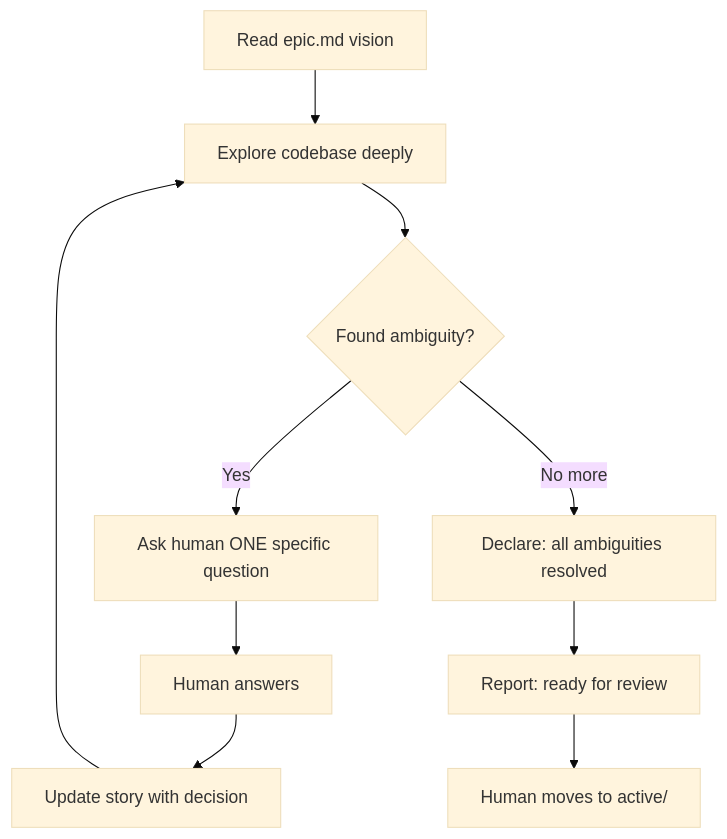
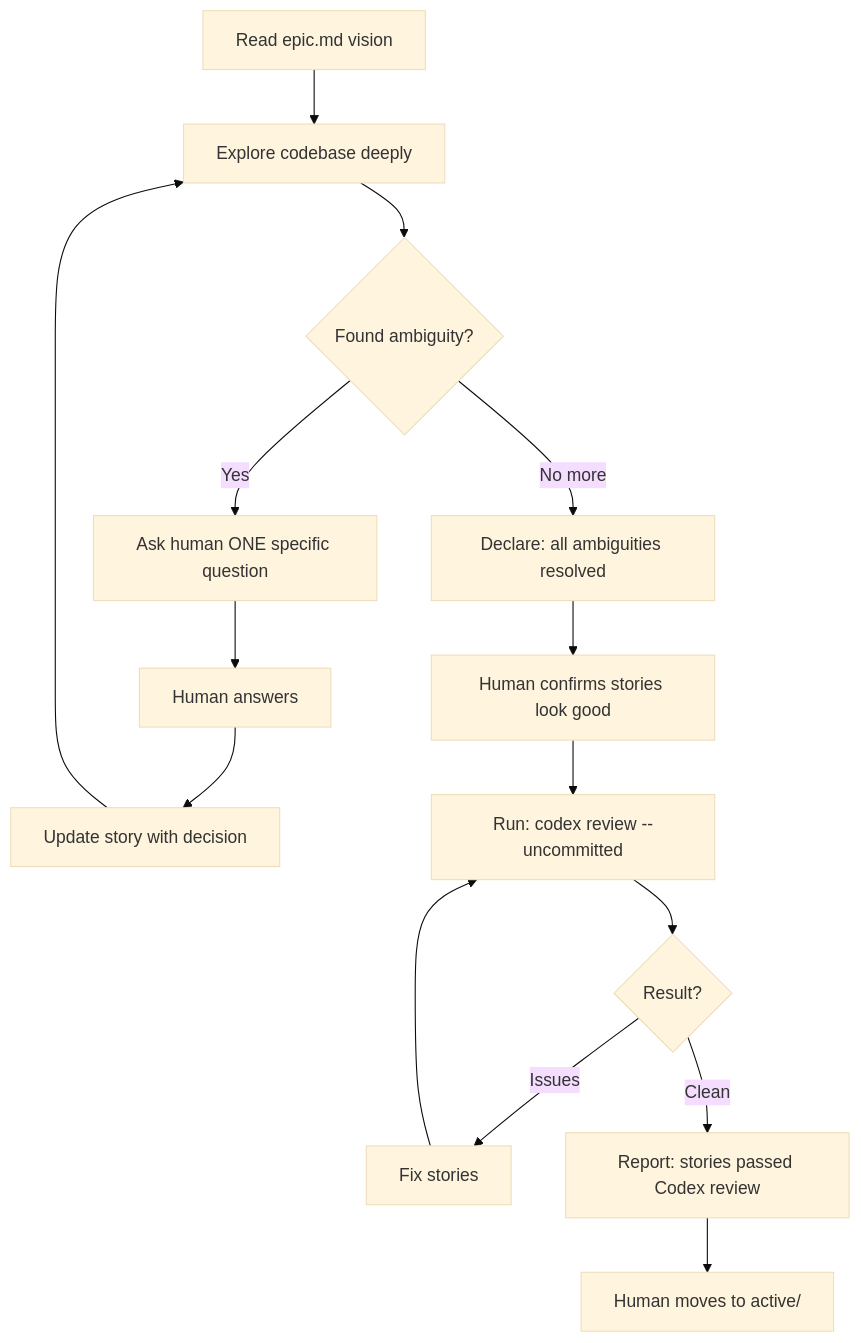
The diagram in phases/epic-planning.md (brysontang/domino), drawn with Mermaid (base theme) before and after one commit. The commit also changed other lines of this file, not shown here.

First line of the commit message:
Add Codex story review gate to planning phase

````diff
--- a/phases/epic-planning.md
+++ b/phases/epic-planning.md
@@ -5,12 +5,16 @@
 ```mermaid
 flowchart TD
     Start[Read epic.md vision] --> Explore[Explore codebase deeply]
     Explore --> Find{Found ambiguity?}
     Find -->|Yes| Ask[Ask human ONE specific question]
     Ask --> Answer[Human answers]
     Answer --> Update[Update story with decision]
     Update --> Explore
     Find -->|No more| Done[Declare: all ambiguities resolved]
-    Done --> Report[Report: ready for review]
-    Report --> Human[Human moves to active/]
+    Done --> Confirm[Human confirms stories look good]
+    Confirm --> Codex[Run: codex review --uncommitted]
+    Codex --> Result{Result?}
+    Result -->|Issues| Fix[Fix stories] --> Codex
+    Result -->|Clean| Ready[Report: stories passed Codex review]
+    Ready --> Human[Human moves to active/]
 ```
````
